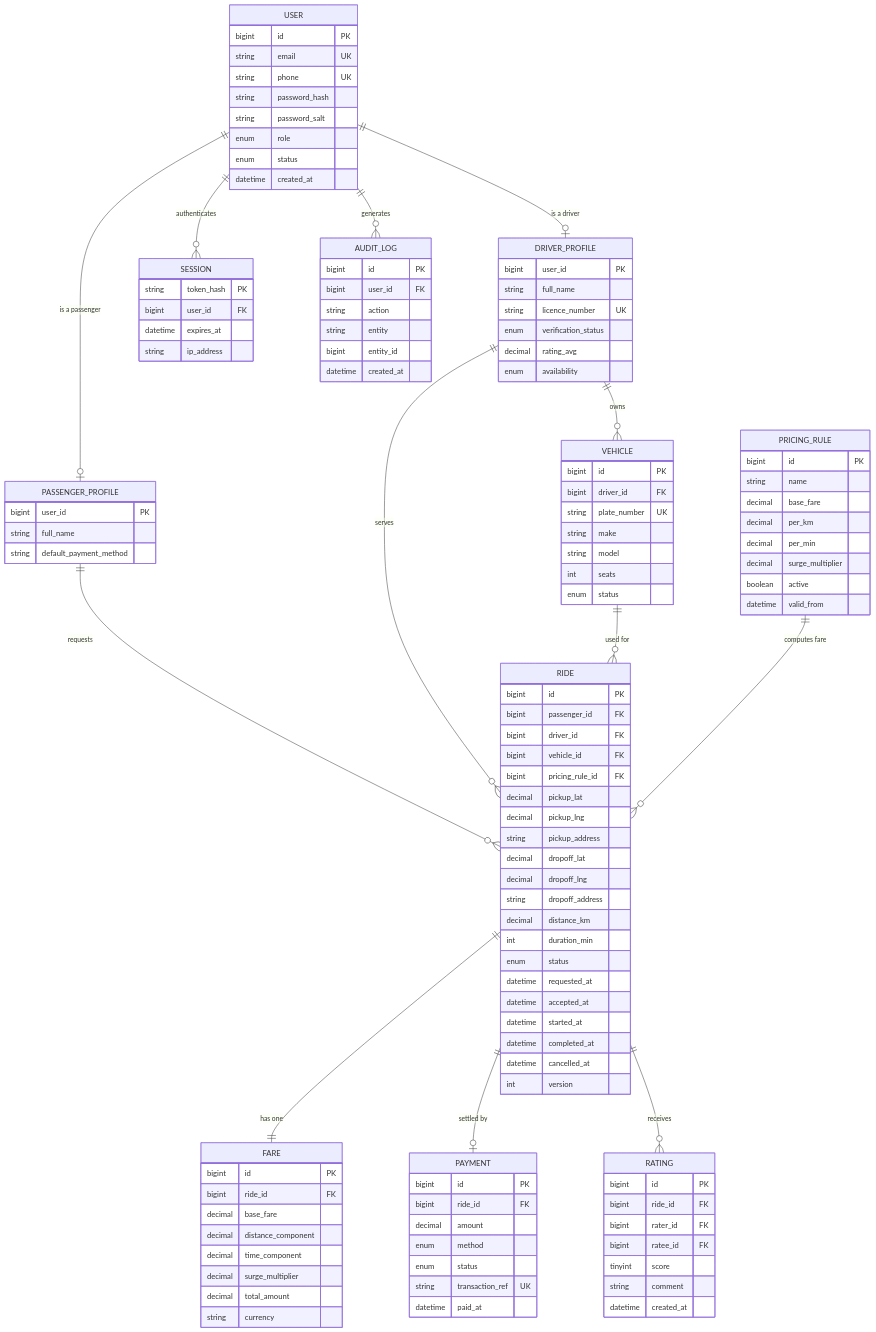
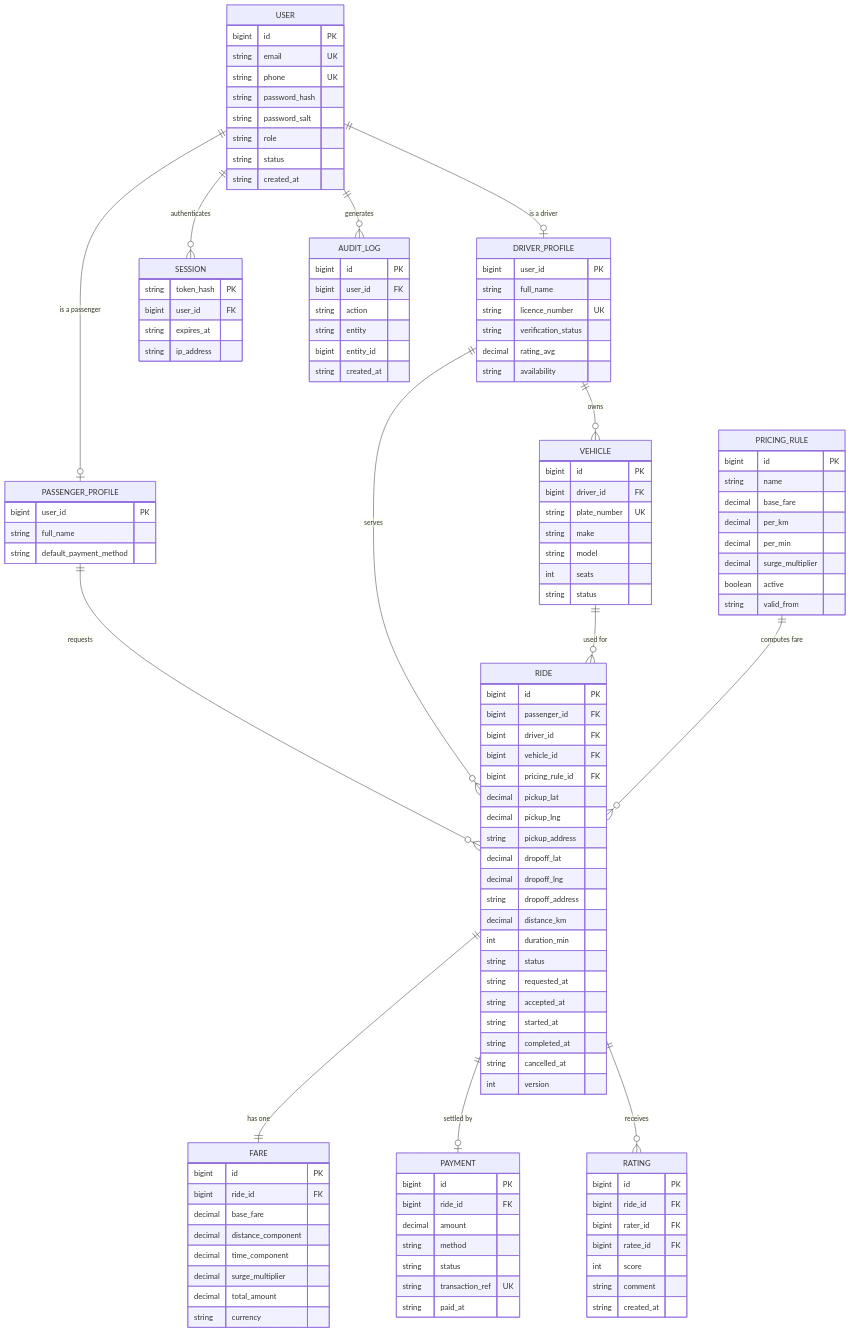
Diagram 17 of 17 in VIAME_PROJECT_SPECIFICATION.md (emmanueloyono-debug/ViaMe), drawn with Mermaid before and after one commit. The commit also changed other lines of this file, not shown here.

Commit message:
fix(docs): resolve all Mermaid syntax errors in Deployment, Activities 1-3, and ERD

````diff
--- a/VIAME_PROJECT_SPECIFICATION.md
+++ b/VIAME_PROJECT_SPECIFICATION.md
@@ -826,9 +826,9 @@
         string phone UK
         string password_hash
         string password_salt
-        enum role
-        enum status
-        datetime created_at
+        string role
+        string status
+        string created_at
     }
 
     PASSENGER_PROFILE {
@@ -841,9 +841,9 @@
         bigint user_id PK
         string full_name
         string licence_number UK
-        enum verification_status
+        string verification_status
         decimal rating_avg
-        enum availability
+        string availability
     }
 
     VEHICLE {
@@ -853,7 +853,7 @@
         string make
         string model
         int seats
-        enum status
+        string status
     }
 
     RIDE {
@@ -870,12 +870,12 @@
         string dropoff_address
         decimal distance_km
         int duration_min
-        enum status
-        datetime requested_at
-        datetime accepted_at
-        datetime started_at
-        datetime completed_at
-        datetime cancelled_at
+        string status
+        string requested_at
+        string accepted_at
+        string started_at
+        string completed_at
+        string cancelled_at
         int version
     }
 
@@ -894,10 +894,10 @@
         bigint id PK
         bigint ride_id FK
         decimal amount
-        enum method
-        enum status
+        string method
+        string status
         string transaction_ref UK
-        datetime paid_at
+        string paid_at
     }
 
     RATING {
@@ -905,9 +905,9 @@
         bigint ride_id FK
         bigint rater_id FK
         bigint ratee_id FK
-        tinyint score
+        int score
         string comment
-        datetime created_at
+        string created_at
     }
 
     PRICING_RULE {
@@ -918,13 +918,13 @@
         decimal per_min
         decimal surge_multiplier
         boolean active
-        datetime valid_from
+        string valid_from
     }
 
     SESSION {
         string token_hash PK
         bigint user_id FK
-        datetime expires_at
+        string expires_at
         string ip_address
     }
 
@@ -934,6 +934,6 @@
         string action
         string entity
         bigint entity_id
-        datetime created_at
+        string created_at
     }
 ```
````
